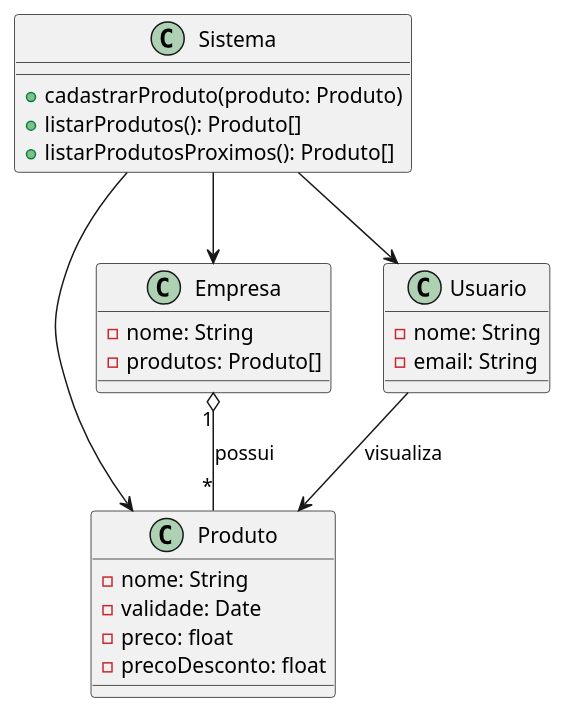
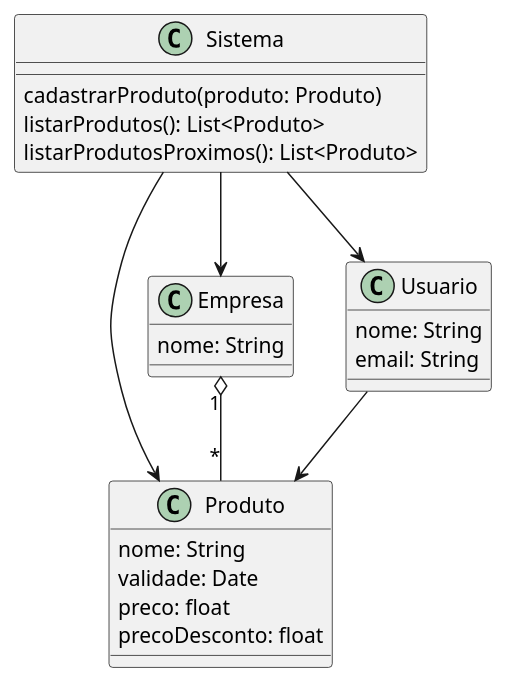
The diagram in docs/diagrama-classes.puml (jandersonhp/valimarket), drawn with PlantUML before and after one commit. The commit also changed 7 other files, not shown here.

Commit message:
docs: update README and add UML diagrams images

```diff
--- a/docs/diagrama-classes.puml
+++ b/docs/diagrama-classes.puml
@@ -1,44 +1,31 @@
-@startuml valimarket
-
-' =========================
-' Classes principais
-' =========================
+@startuml DiagramaClassesValiMarket
 
 class Produto {
-  - nome: String
-  - validade: Date
-  - preco: float
-  - precoDesconto: float
+  nome: String
+  validade: Date
+  preco: float
+  precoDesconto: float
 }
 
 class Empresa {
-  - nome: String
-  - produtos: Produto[]
+  nome: String
 }
 
 class Usuario {
-  - nome: String
-  - email: String
+  nome: String
+  email: String
 }
 
-' =========================
-' Classe do sistema (backend)
-' =========================
-
 class Sistema {
-  + cadastrarProduto(produto: Produto)
-  + listarProdutos(): Produto[]
-  + listarProdutosProximos(): Produto[]
+  cadastrarProduto(produto: Produto)
+  listarProdutos(): List<Produto>
+  listarProdutosProximos(): List<Produto>
 }
 
-' =========================
-' Relacionamentos
-' =========================
-
-Empresa "1" o-- "*" Produto : possui
-Usuario --> Produto : visualiza
+Empresa "1" o-- "*" Produto
+Usuario --> Produto
 Sistema --> Produto
 Sistema --> Empresa
 Sistema --> Usuario
 
 @enduml
```
